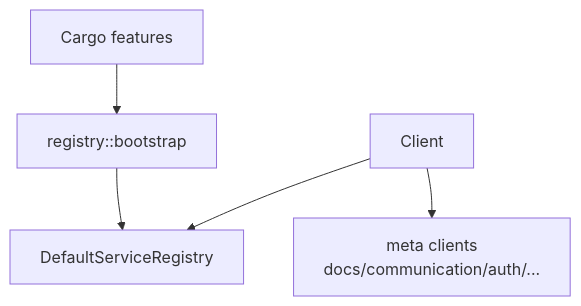
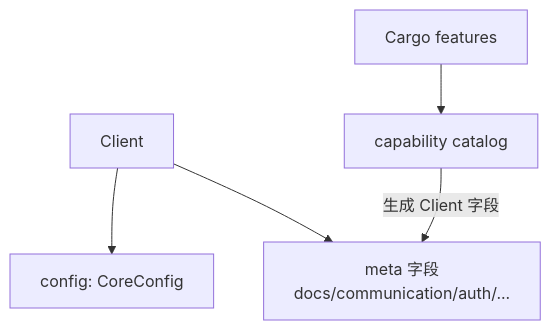
Before and after one commit to foxzool/openlark: the diagram in crates/openlark-client/README.md, drawn with Mermaid. The commit also changed other lines of this file and 36 other files, not shown here.

First line of the commit message:
refactor(client): strip speculative registry/traits/lazy surface (#471) (#494)

````diff
--- a/crates/openlark-client/README.md
+++ b/crates/openlark-client/README.md
@@ -213,7 +197,7 @@
 ```mermaid
 graph TD
-    A[Client] --> B[DefaultServiceRegistry]
-    A --> C[meta clients<br/>docs/communication/auth/...]
-    D[registry::bootstrap] --> B
-    E[Cargo features] --> D
+    A[Client] --> B[config: CoreConfig]
+    A --> C[meta 字段<br/>docs/communication/auth/...]
+    D[Cargo features] --> E[capability catalog]
+    E -->|生成 Client 字段| C
 ```
````
